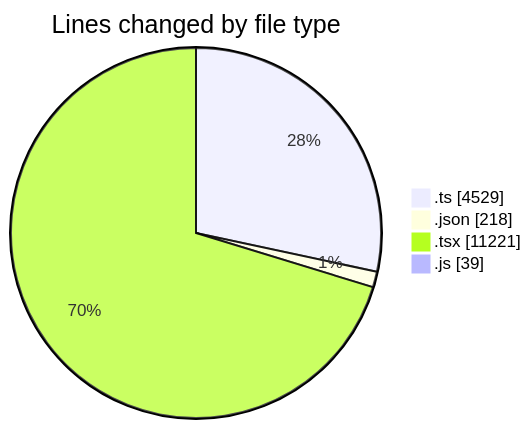
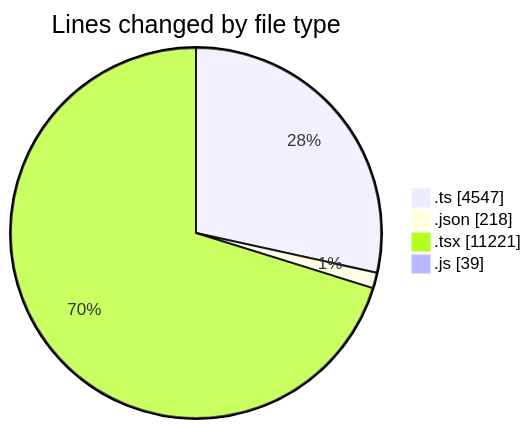
The first of 2 diagrams in 2026-03-16/nxtqube_webapp/README.md (nxtqubesakshisongat/code-tracking), drawn with Mermaid before and after one commit. The commit also changed other lines of this file and 1 other file, not shown here.

````diff
--- a/2026-03-16/nxtqube_webapp/README.md
+++ b/2026-03-16/nxtqube_webapp/README.md
@@ -62,8 +62,8 @@
 ```mermaid
 pie showData
 title Lines changed by file type
-".ts" : 4529
+".ts" : 4547
 ".json" : 218
 ".tsx" : 11221
 ".js" : 39
 ```
````
